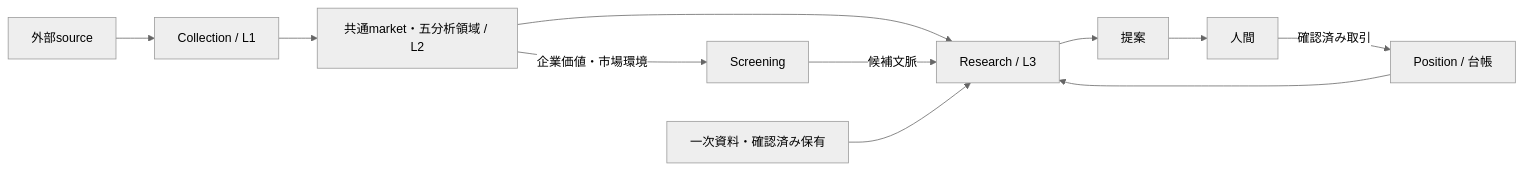
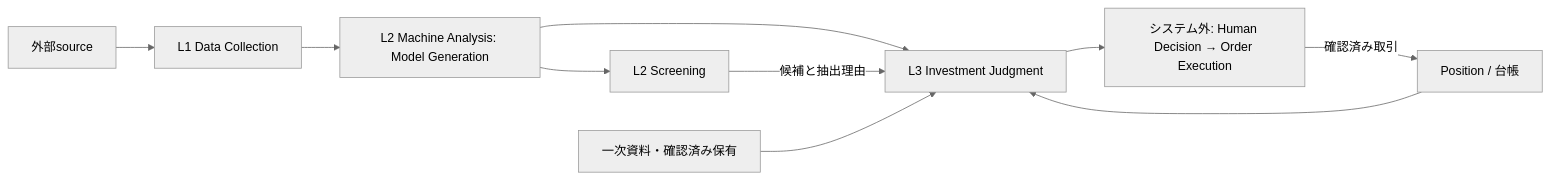
One commit to koumatsumoto/baibai-loop changed the diagram in docs/architecture.md. Above: the diagram before and after it, drawn with Mermaid (neutral theme). The commit also changed other lines of this file and 950 other files, not shown here.

Commit message:
refactor: align architecture, module ownership and job terminology (refs #1607)

````diff
--- a/docs/architecture.md
+++ b/docs/architecture.md
@@ -7,10 +7,11 @@
 ```mermaid
 flowchart LR
-    S[外部source] --> C[Collection / L1] --> D[共通market・五分析領域 / L2]
-    D --> R[Research / L3]
-    D -->|企業価値・市場環境| F[Screening]
-    F -->|候補文脈| R
-    I[一次資料・確認済み保有] --> R
-    R --> P[提案] --> H[人間]
-    H -->|確認済み取引| L[Position / 台帳] --> R
+    S[外部source] --> C[L1 Data Collection]
+    C --> M[L2 Machine Analysis: Model Generation]
+    M --> F[L2 Screening]
+    M --> J[L3 Investment Judgment]
+    F -->|候補と抽出理由| J
+    I[一次資料・確認済み保有] --> J
+    J --> H[システム外: Human Decision → Order Execution]
+    H -->|確認済み取引| P[Position / 台帳] --> J
 ```
````
